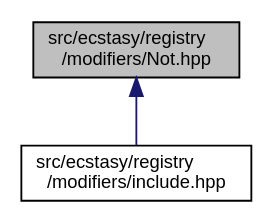
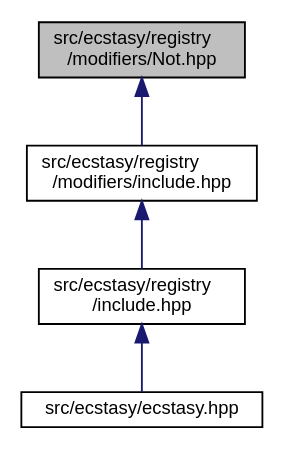
The diagram in registry_2modifiers_2_not_8hpp__dep__incl.dot (AndreasLrx/ecstasy), drawn with Graphviz before and after one commit. The commit also changed 437 other files, not shown here.

```diff
--- a/registry_2modifiers_2_not_8hpp__dep__incl.dot
+++ b/registry_2modifiers_2_not_8hpp__dep__incl.dot
@@ -1,9 +1,13 @@
 digraph "src/ecstasy/registry/modifiers/Not.hpp"
 {
  // LATEX_PDF_SIZE
   edge [fontname="Helvetica",fontsize="10",labelfontname="Helvetica",labelfontsize="10"];
   node [fontname="Helvetica",fontsize="10",shape=record];
   Node1 [label="src/ecstasy/registry\l/modifiers/Not.hpp",height=0.2,width=0.4,color="black", fillcolor="grey75", style="filled", fontcolor="black",tooltip=" "];
   Node1 -> Node2 [dir="back",color="midnightblue",fontsize="10",style="solid",fontname="Helvetica"];
   Node2 [label="src/ecstasy/registry\l/modifiers/include.hpp",height=0.2,width=0.4,color="black", fillcolor="white", style="filled",URL="$registry_2modifiers_2include_8hpp.html",tooltip=" "];
+  Node2 -> Node3 [dir="back",color="midnightblue",fontsize="10",style="solid",fontname="Helvetica"];
+  Node3 [label="src/ecstasy/registry\l/include.hpp",height=0.2,width=0.4,color="black", fillcolor="white", style="filled",URL="$registry_2include_8hpp.html",tooltip=" "];
+  Node3 -> Node4 [dir="back",color="midnightblue",fontsize="10",style="solid",fontname="Helvetica"];
+  Node4 [label="src/ecstasy/ecstasy.hpp",height=0.2,width=0.4,color="black", fillcolor="white", style="filled",URL="$ecstasy_8hpp.html",tooltip=" "];
 }
```
